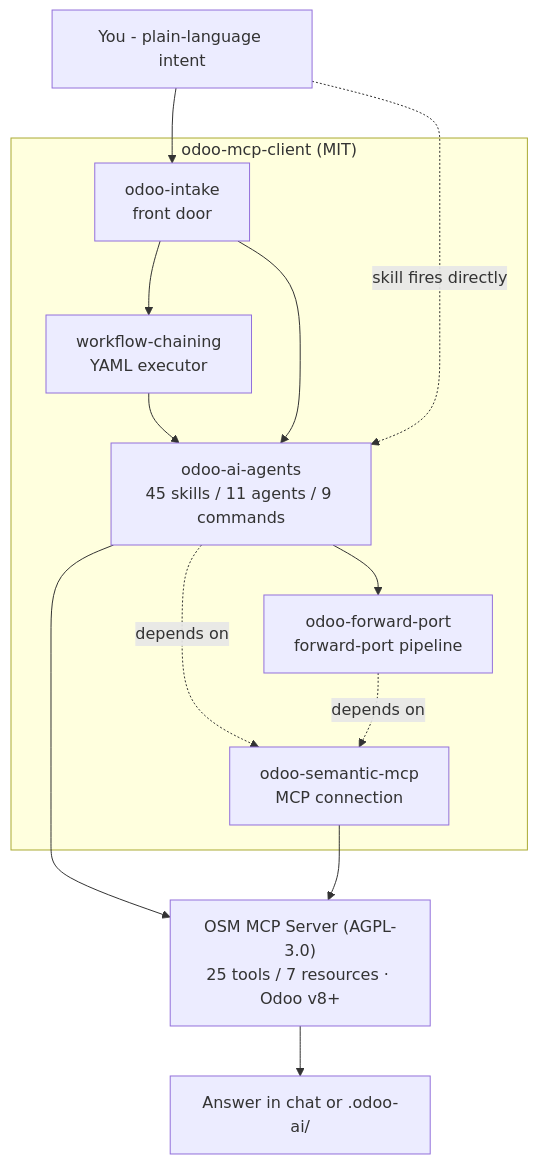
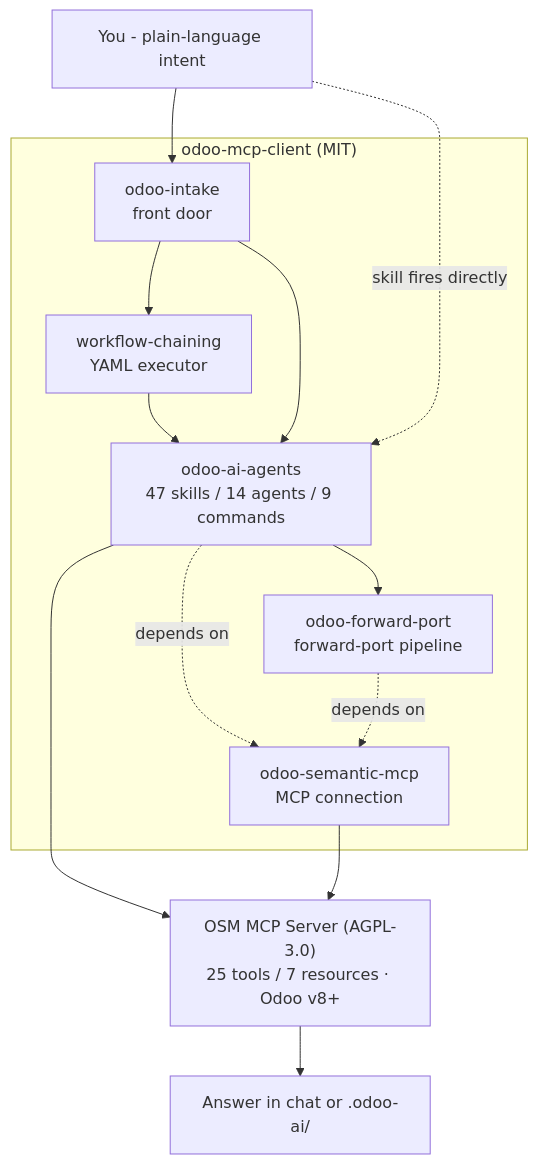
One commit to Viindoo/odoo-mcp-client changed the diagram in README.md. Above: the diagram before and after it, drawn with Mermaid. The commit also changed other lines of this file and 22 other files, not shown here.

First line of the commit message:
feat(odoo-ai-agents): odoo-git-rebase + odoo-modules-upgrade workflows + odoo-diff-comparator agent [v3.25.0]

````diff
--- a/README.md
+++ b/README.md
@@ -13,26 +13,26 @@
 ```mermaid
 flowchart TD
     You["You - plain-language intent"]
 
     subgraph client["odoo-mcp-client (MIT)"]
         intake["odoo-intake<br/>front door"]
         wfrunner["workflow-chaining<br/>YAML executor"]
-        skills["odoo-ai-agents<br/>45 skills / 11 agents / 9 commands"]
+        skills["odoo-ai-agents<br/>47 skills / 14 agents / 9 commands"]
         fp["odoo-forward-port<br/>forward-port pipeline"]
         mcp["odoo-semantic-mcp<br/>MCP connection"]
         intake --> wfrunner --> skills
         intake --> skills
         skills --> fp
         skills -. depends on .-> mcp
         fp -. depends on .-> mcp
     end
 
     server["OSM MCP Server (AGPL-3.0)<br/>25 tools / 7 resources · Odoo v8+"]
     out["Answer in chat or .odoo-ai/"]
 
     You --> intake
     You -. "skill fires directly" .-> skills
     skills --> server
     mcp --> server
     server --> out
 ```
````
